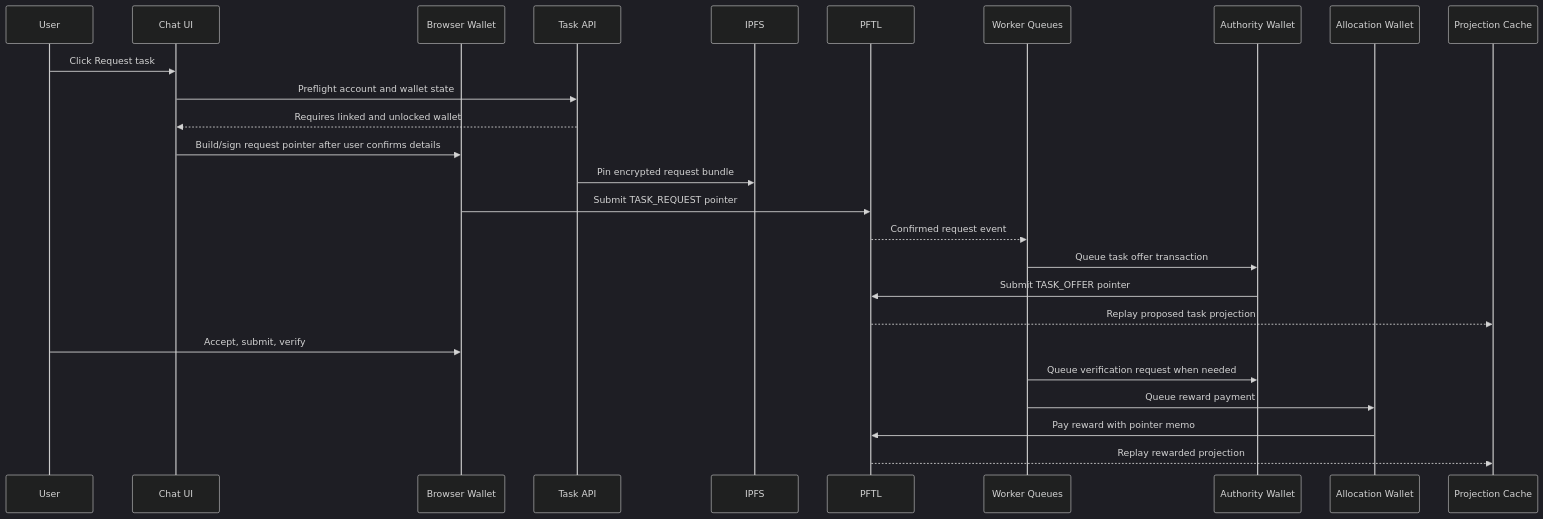
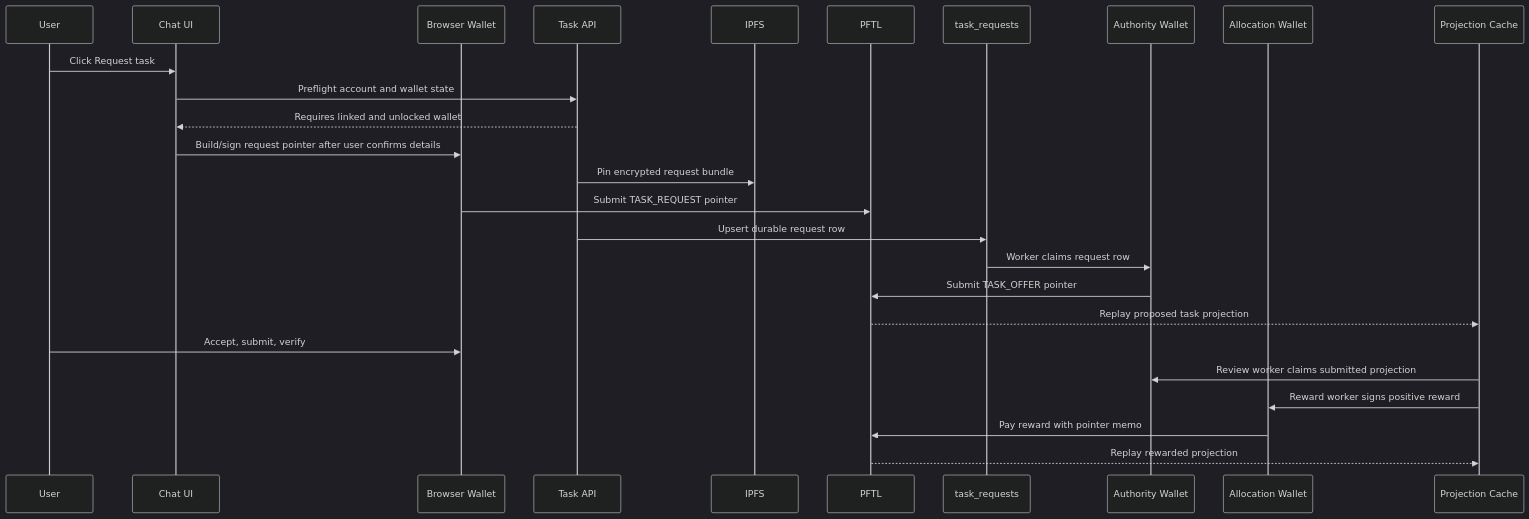
Before and after one commit to postfiatorg/tasknode: the first of 2 diagrams in docs/wiki/architecture/task-async-engine.md, drawn with Mermaid (dark theme). The commit also changed other lines of this file and 11 other files, not shown here.

````diff
--- a/docs/wiki/architecture/task-async-engine.md
+++ b/docs/wiki/architecture/task-async-engine.md
@@ -125,29 +125,29 @@
 ```mermaid
 sequenceDiagram
   participant U as User
   participant UI as Chat UI
   participant B as Browser Wallet
   participant API as Task API
   participant IPFS as IPFS
   participant PFTL as PFTL
-  participant Q as Worker Queues
+  participant Req as task_requests
   participant A as Authority Wallet
   participant R as Allocation Wallet
   participant DB as Projection Cache
 
   U->>UI: Click Request task
   UI->>API: Preflight account and wallet state
   API-->>UI: Requires linked and unlocked wallet
   UI->>B: Build/sign request pointer after user confirms details
   API->>IPFS: Pin encrypted request bundle
   B->>PFTL: Submit TASK_REQUEST pointer
-  PFTL-->>Q: Confirmed request event
-  Q->>A: Queue task offer transaction
+  API->>Req: Upsert durable request row
+  Req->>A: Worker claims request row
   A->>PFTL: Submit TASK_OFFER pointer
   PFTL-->>DB: Replay proposed task projection
   U->>B: Accept, submit, verify
-  Q->>A: Queue verification request when needed
-  Q->>R: Queue reward payment
+  DB->>A: Review worker claims submitted projection
+  DB->>R: Reward worker signs positive reward
   R->>PFTL: Pay reward with pointer memo
   PFTL-->>DB: Replay rewarded projection
 ```
````
